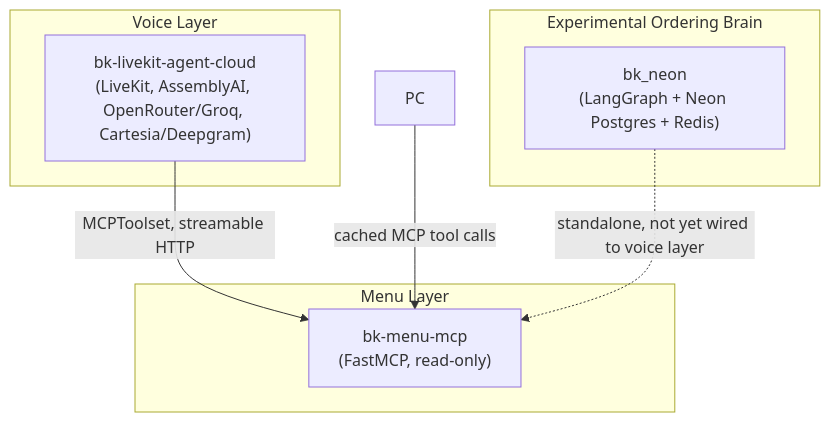
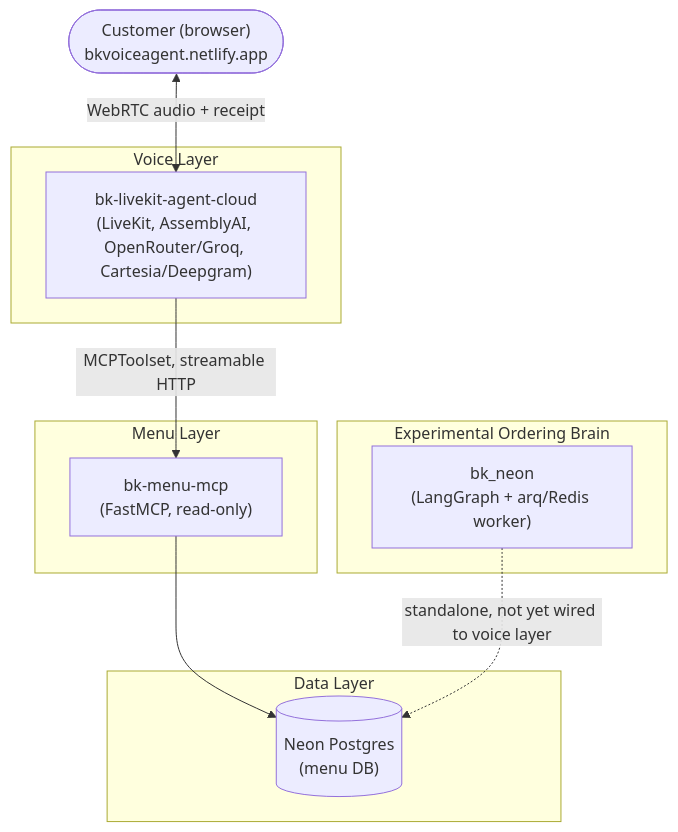
Before and after one commit to singhsrj/DriveThruAI---BK-VoiceAgent--: the first of 2 diagrams in README.md, drawn with Mermaid. The commit also changed other lines of this file and 6 other files, not shown here.

````diff
--- a/README.md
+++ b/README.md
@@ -47,18 +49,23 @@
 ```mermaid
 flowchart TB
     subgraph Voice["Voice Layer"]
         LK["bk-livekit-agent-cloud<br/>(LiveKit, AssemblyAI, OpenRouter/Groq, Cartesia/Deepgram)"]
     end
 
     subgraph MCP["Menu Layer"]
         Server["bk-menu-mcp<br/>(FastMCP, read-only)"]
     end
 
-    subgraph Brain["Experimental Ordering Brain"]
-        Graph["bk_neon<br/>(LangGraph + Neon Postgres + Redis)"]
+    subgraph Data["Data Layer"]
+        DB[("Neon Postgres<br/>(menu DB)")]
     end
 
+    subgraph Brain["Experimental Ordering Brain"]
+        Graph["bk_neon<br/>(LangGraph + arq/Redis worker)"]
+    end
+
+    Customer(["Customer (browser)<br/>bkvoiceagent.netlify.app"]) <-->|WebRTC audio + receipt| LK
     LK -->|MCPToolset, streamable HTTP| Server
-    PC -->|cached MCP tool calls| Server
-    Graph -.->|standalone, not yet wired to voice layer| Server
+    Server --> DB
+    Graph -.->|standalone, not yet wired to voice layer| DB
 ```
````
